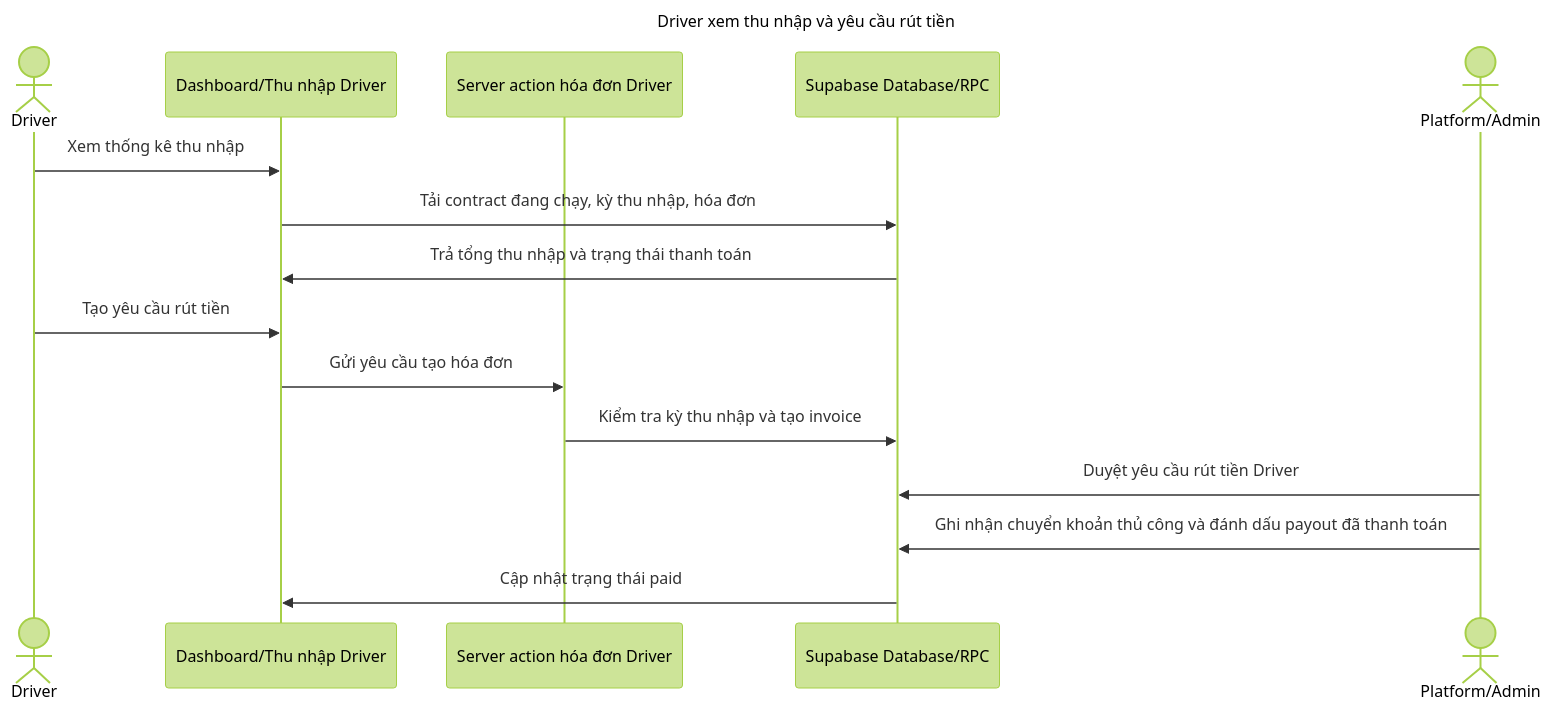
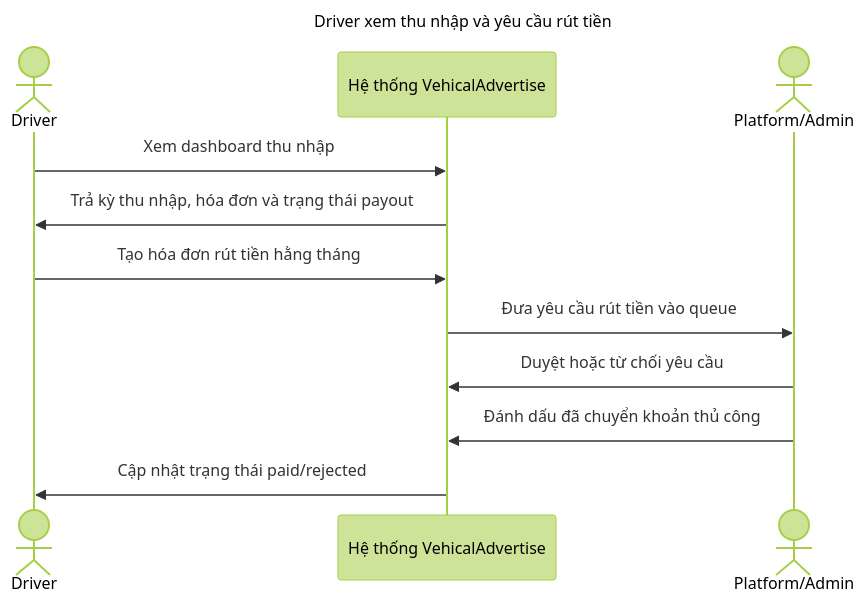
Before and after one commit to kjasng/VehicalAdvertise: the third of 8 diagrams in docs/sequence-usecases.md, drawn with Mermaid (forest theme). The commit also changed other lines of this file and 14 other files, not shown here.

````diff
--- a/docs/sequence-usecases.md
+++ b/docs/sequence-usecases.md
@@ -287,18 +66,14 @@
 ```mermaid
 sequenceDiagram
     title Driver xem thu nhập và yêu cầu rút tiền
-    actor Driver as Driver
-    participant DriverUI as Dashboard/Thu nhập Driver
-    participant InvoiceAction as Server action hóa đơn Driver
-    participant DB as Supabase Database/RPC
-    actor Admin as Platform/Admin
-    Driver->>DriverUI: Xem thống kê thu nhập
-    DriverUI->>DB: Tải contract đang chạy, kỳ thu nhập, hóa đơn
-    DB->>DriverUI: Trả tổng thu nhập và trạng thái thanh toán
-    Driver->>DriverUI: Tạo yêu cầu rút tiền
-    DriverUI->>InvoiceAction: Gửi yêu cầu tạo hóa đơn
-    InvoiceAction->>DB: Kiểm tra kỳ thu nhập và tạo invoice
-    Admin->>DB: Duyệt yêu cầu rút tiền Driver
-    Admin->>DB: Ghi nhận chuyển khoản thủ công và đánh dấu payout đã thanh toán
-    DB->>DriverUI: Cập nhật trạng thái paid
+    actor P1 as Driver
+    participant P2 as Hệ thống VehicalAdvertise
+    actor P3 as Platform/Admin
+    P1->>P2: Xem dashboard thu nhập
+    P2->>P1: Trả kỳ thu nhập, hóa đơn và trạng thái payout
+    P1->>P2: Tạo hóa đơn rút tiền hằng tháng
+    P2->>P3: Đưa yêu cầu rút tiền vào queue
+    P3->>P2: Duyệt hoặc từ chối yêu cầu
+    P3->>P2: Đánh dấu đã chuyển khoản thủ công
+    P2->>P1: Cập nhật trạng thái paid/rejected
 ```
````
